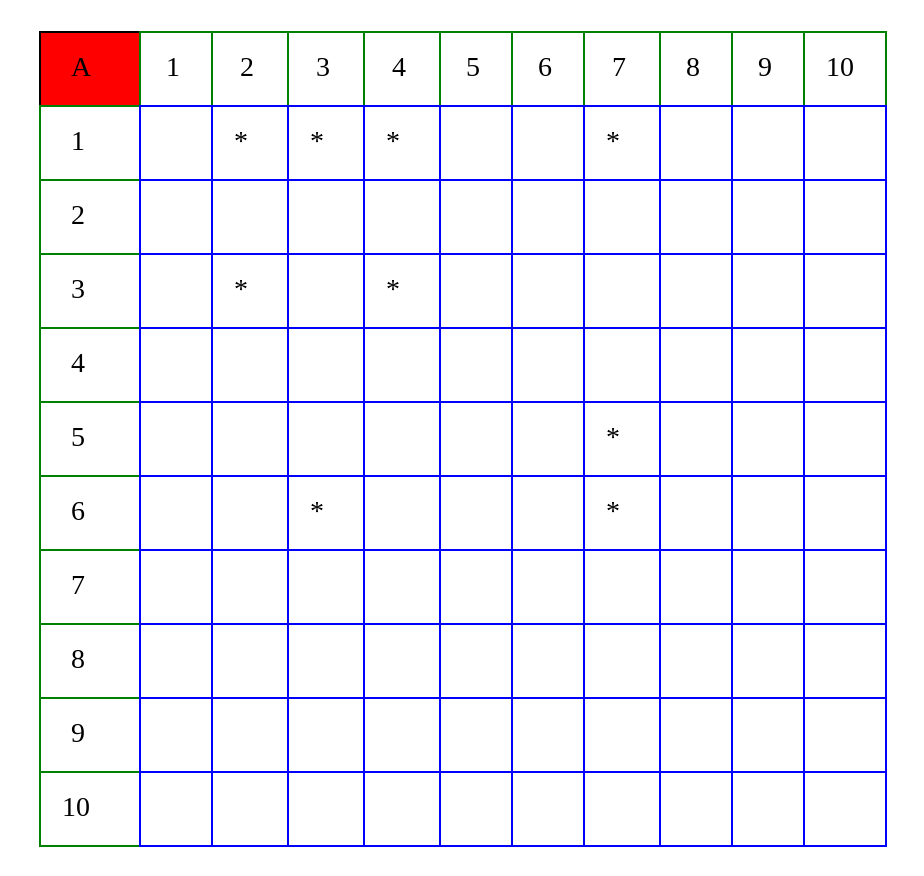
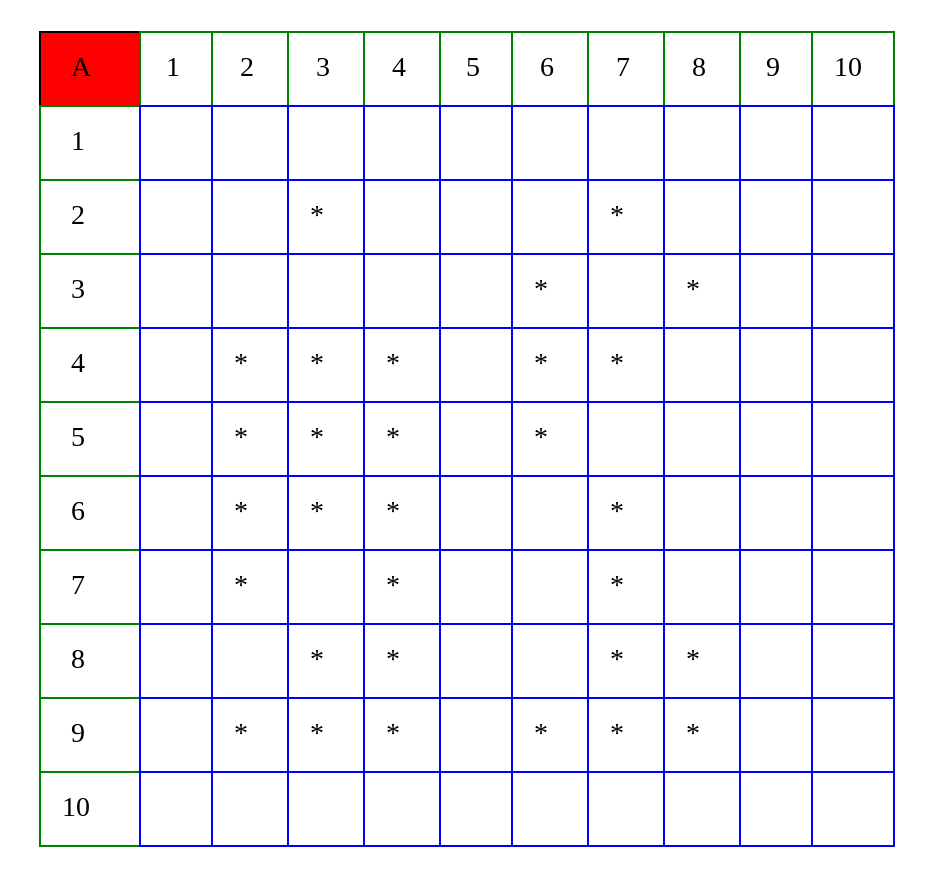
Before and after one commit to AbidelLux/Proyecto02_1S2021IPC2_JAMES: the diagram in Resultado.dot, drawn with Graphviz. The commit also changed 16 other files, not shown here.

```diff
--- a/Resultado.dot
+++ b/Resultado.dot
@@ -1,21 +1,21 @@
 digraph {
 	tbl [
 	size="4,4"
 	shape=plaintext
 	label=<
 
 		<table border="0" color="green" cellpadding="10" cellborder="1" cellspacing="0">
 	<tr><td bgcolor = "red" color="black"> A </td><td color="green">1</td><td color="green">2</td><td color="green">3</td><td color="green">4</td><td color="green">5</td><td color="green">6</td><td color="green">7</td><td color="green">8</td><td color="green">9</td><td color="green">10</td></tr>
-			<tr><td color="green"> 1 </td><td color="blue">   </td><td color="blue"> * </td><td color="blue"> * </td><td color="blue"> * </td><td color="blue">   </td><td color="blue">   </td><td color="blue"> * </td><td color="blue">   </td><td color="blue">   </td><td color="blue">   </td></tr>
-			<tr><td color="green"> 2 </td><td color="blue">   </td><td color="blue">   </td><td color="blue">   </td><td color="blue">   </td><td color="blue">   </td><td color="blue">   </td><td color="blue">   </td><td color="blue">   </td><td color="blue">   </td><td color="blue">   </td></tr>
-			<tr><td color="green"> 3 </td><td color="blue">   </td><td color="blue"> * </td><td color="blue">   </td><td color="blue"> * </td><td color="blue">   </td><td color="blue">   </td><td color="blue">   </td><td color="blue">   </td><td color="blue">   </td><td color="blue">   </td></tr>
-			<tr><td color="green"> 4 </td><td color="blue">   </td><td color="blue">   </td><td color="blue">   </td><td color="blue">   </td><td color="blue">   </td><td color="blue">   </td><td color="blue">   </td><td color="blue">   </td><td color="blue">   </td><td color="blue">   </td></tr>
-			<tr><td color="green"> 5 </td><td color="blue">   </td><td color="blue">   </td><td color="blue">   </td><td color="blue">   </td><td color="blue">   </td><td color="blue">   </td><td color="blue"> * </td><td color="blue">   </td><td color="blue">   </td><td color="blue">   </td></tr>
-			<tr><td color="green"> 6 </td><td color="blue">   </td><td color="blue">   </td><td color="blue"> * </td><td color="blue">   </td><td color="blue">   </td><td color="blue">   </td><td color="blue"> * </td><td color="blue">   </td><td color="blue">   </td><td color="blue">   </td></tr>
-			<tr><td color="green"> 7 </td><td color="blue">   </td><td color="blue">   </td><td color="blue">   </td><td color="blue">   </td><td color="blue">   </td><td color="blue">   </td><td color="blue">   </td><td color="blue">   </td><td color="blue">   </td><td color="blue">   </td></tr>
-			<tr><td color="green"> 8 </td><td color="blue">   </td><td color="blue">   </td><td color="blue">   </td><td color="blue">   </td><td color="blue">   </td><td color="blue">   </td><td color="blue">   </td><td color="blue">   </td><td color="blue">   </td><td color="blue">   </td></tr>
-			<tr><td color="green"> 9 </td><td color="blue">   </td><td color="blue">   </td><td color="blue">   </td><td color="blue">   </td><td color="blue">   </td><td color="blue">   </td><td color="blue">   </td><td color="blue">   </td><td color="blue">   </td><td color="blue">   </td></tr>
+			<tr><td color="green"> 1 </td><td color="blue">   </td><td color="blue">   </td><td color="blue">   </td><td color="blue">   </td><td color="blue">   </td><td color="blue">   </td><td color="blue">   </td><td color="blue">   </td><td color="blue">   </td><td color="blue">   </td></tr>
+			<tr><td color="green"> 2 </td><td color="blue">   </td><td color="blue">   </td><td color="blue"> * </td><td color="blue">   </td><td color="blue">   </td><td color="blue">   </td><td color="blue"> * </td><td color="blue">   </td><td color="blue">   </td><td color="blue">   </td></tr>
+			<tr><td color="green"> 3 </td><td color="blue">   </td><td color="blue">   </td><td color="blue">   </td><td color="blue">   </td><td color="blue">   </td><td color="blue"> * </td><td color="blue">   </td><td color="blue"> * </td><td color="blue">   </td><td color="blue">   </td></tr>
+			<tr><td color="green"> 4 </td><td color="blue">   </td><td color="blue"> * </td><td color="blue"> * </td><td color="blue"> * </td><td color="blue">   </td><td color="blue"> * </td><td color="blue"> * </td><td color="blue">   </td><td color="blue">   </td><td color="blue">   </td></tr>
+			<tr><td color="green"> 5 </td><td color="blue">   </td><td color="blue"> * </td><td color="blue"> * </td><td color="blue"> * </td><td color="blue">   </td><td color="blue"> * </td><td color="blue">   </td><td color="blue">   </td><td color="blue">   </td><td color="blue">   </td></tr>
+			<tr><td color="green"> 6 </td><td color="blue">   </td><td color="blue"> * </td><td color="blue"> * </td><td color="blue"> * </td><td color="blue">   </td><td color="blue">   </td><td color="blue"> * </td><td color="blue">   </td><td color="blue">   </td><td color="blue">   </td></tr>
+			<tr><td color="green"> 7 </td><td color="blue">   </td><td color="blue"> * </td><td color="blue">   </td><td color="blue"> * </td><td color="blue">   </td><td color="blue">   </td><td color="blue"> * </td><td color="blue">   </td><td color="blue">   </td><td color="blue">   </td></tr>
+			<tr><td color="green"> 8 </td><td color="blue">   </td><td color="blue">   </td><td color="blue"> * </td><td color="blue"> * </td><td color="blue">   </td><td color="blue">   </td><td color="blue"> * </td><td color="blue"> * </td><td color="blue">   </td><td color="blue">   </td></tr>
+			<tr><td color="green"> 9 </td><td color="blue">   </td><td color="blue"> * </td><td color="blue"> * </td><td color="blue"> * </td><td color="blue">   </td><td color="blue"> * </td><td color="blue"> * </td><td color="blue"> * </td><td color="blue">   </td><td color="blue">   </td></tr>
 			<tr><td color="green"> 10 </td><td color="blue">   </td><td color="blue">   </td><td color="blue">   </td><td color="blue">   </td><td color="blue">   </td><td color="blue">   </td><td color="blue">   </td><td color="blue">   </td><td color="blue">   </td><td color="blue">   </td></tr>
 			</table>
 		>];
 }
```
